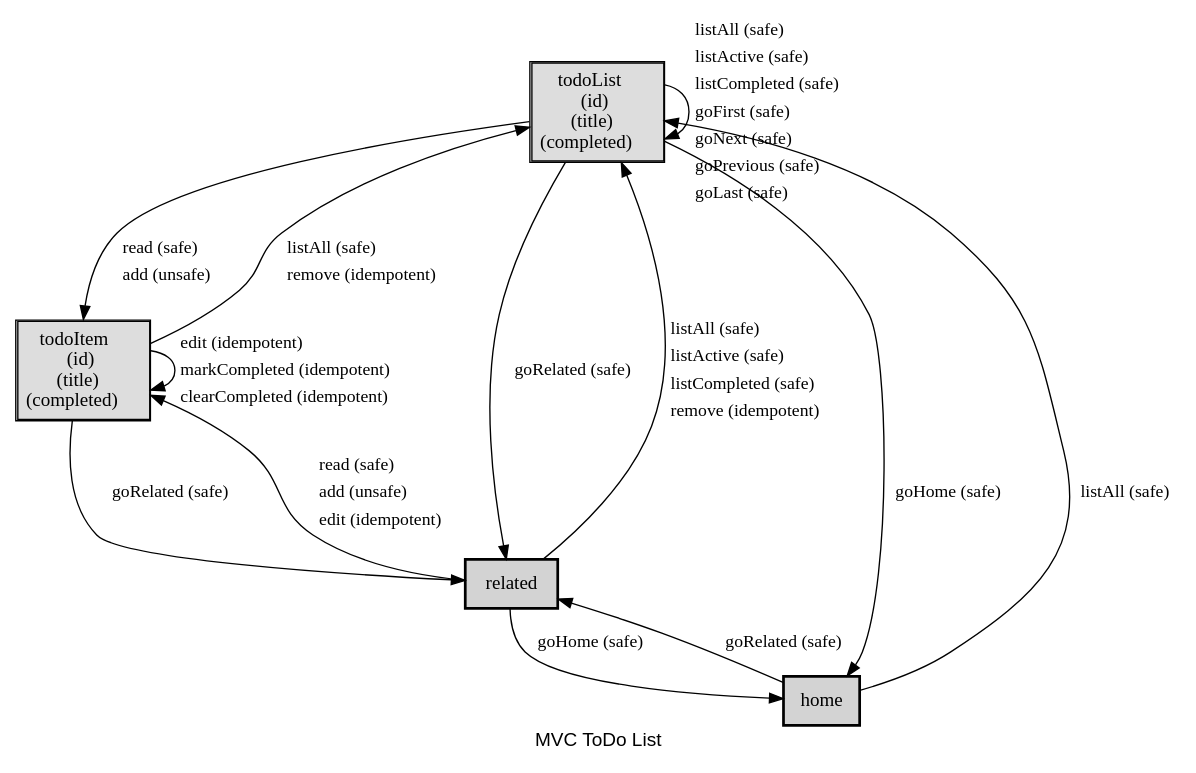
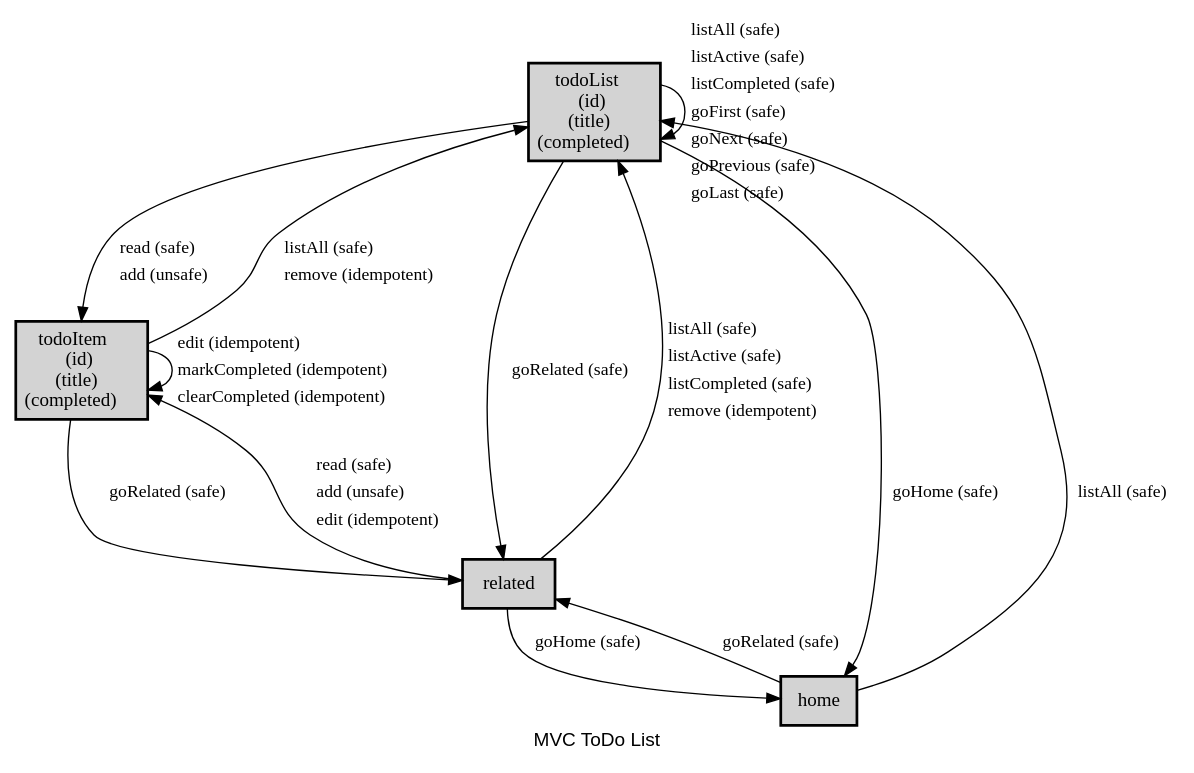
One commit to alps-asd/app-state-diagram changed the diagram in docs/todomvc/profile.dot. Above: the diagram before and after it, drawn with Graphviz. The commit also changed 95 other files, not shown here.

```diff
--- a/docs/todomvc/profile.dot
+++ b/docs/todomvc/profile.dot
@@ -1,29 +1,29 @@
 digraph application_state_diagram {
   graph [
     labelloc="b";
     fontname="Helvetica"
     label="MVC ToDo List";
     URL="index.html" target="_parent"
   ];
-  node [shape = box, style = "bold,filled"];
+  node [shape = box, style = "bold,filled" fillcolor="lightgray"];
 
-    todoList [style=solid, margin=0.02, label=<<table cellspacing="0" cellpadding="5" cellborder="1" border="0"><tr><td bgcolor="#dddddd">todoList<br />(id)<br />(title)<br />(completed)<br /></td></tr></table>>,shape=box URL="blog/semantic.todoList.html" target="_parent"]
-    todoItem [style=solid, margin=0.02, label=<<table cellspacing="0" cellpadding="5" cellborder="1" border="0"><tr><td bgcolor="#dddddd">todoItem<br />(id)<br />(title)<br />(completed)<br /></td></tr></table>>,shape=box URL="blog/semantic.todoItem.html" target="_parent"]
+    todoList [margin=0.02, label=<<table cellspacing="0" cellpadding="5" border="0"><tr><td>todoList<br />(id)<br />(title)<br />(completed)<br /></td></tr></table>>,shape=box URL="docs/semantic.todoList.html" target="_parent"]
+    todoItem [margin=0.02, label=<<table cellspacing="0" cellpadding="5" border="0"><tr><td>todoItem<br />(id)<br />(title)<br />(completed)<br /></td></tr></table>>,shape=box URL="docs/semantic.todoItem.html" target="_parent"]
 
-    home -> todoList [label = "listAll (safe)" URL="blog/safe.listAll.html" target="_parent" fontsize=13];
-    home -> related [label = "goRelated (safe)" URL="blog/safe.goRelated.html" target="_parent" fontsize=13];
-    related -> home [label = "goHome (safe)" URL="blog/safe.goHome.html" target="_parent" fontsize=13];
-    related -> todoList [label=<<table  border="0"><tr><td align="left" href="blog/safe.listAll.html">listAll (safe)</td></tr><tr><td align="left" href="blog/safe.listActive.html">listActive (safe)</td></tr><tr><td align="left" href="blog/safe.listCompleted.html">listCompleted (safe)</td></tr><tr><td align="left" href="blog/idempotent.remove.html">remove (idempotent)</td></tr></table>> fontsize=13];
-    related -> todoItem [label=<<table  border="0"><tr><td align="left" href="blog/safe.read.html">read (safe)</td></tr><tr><td align="left" href="blog/unsafe.add.html">add (unsafe)</td></tr><tr><td align="left" href="blog/idempotent.edit.html">edit (idempotent)</td></tr></table>> fontsize=13];
-    todoList -> todoItem [label=<<table  border="0"><tr><td align="left" href="blog/safe.read.html">read (safe)</td></tr><tr><td align="left" href="blog/unsafe.add.html">add (unsafe)</td></tr></table>> fontsize=13];
-    todoList -> todoList [label=<<table  border="0"><tr><td align="left" href="blog/safe.listAll.html">listAll (safe)</td></tr><tr><td align="left" href="blog/safe.listActive.html">listActive (safe)</td></tr><tr><td align="left" href="blog/safe.listCompleted.html">listCompleted (safe)</td></tr><tr><td align="left" href="blog/safe.goFirst.html">goFirst (safe)</td></tr><tr><td align="left" href="blog/safe.goNext.html">goNext (safe)</td></tr><tr><td align="left" href="blog/safe.goPrevious.html">goPrevious (safe)</td></tr><tr><td align="left" href="blog/safe.goLast.html">goLast (safe)</td></tr></table>> fontsize=13];
-    todoList -> home [label = "goHome (safe)" URL="blog/safe.goHome.html" target="_parent" fontsize=13];
-    todoList -> related [label = "goRelated (safe)" URL="blog/safe.goRelated.html" target="_parent" fontsize=13];
-    todoItem -> todoList [label=<<table  border="0"><tr><td align="left" href="blog/safe.listAll.html">listAll (safe)</td></tr><tr><td align="left" href="blog/idempotent.remove.html">remove (idempotent)</td></tr></table>> fontsize=13];
-    todoItem -> todoItem [label=<<table  border="0"><tr><td align="left" href="blog/idempotent.edit.html">edit (idempotent)</td></tr><tr><td align="left" href="blog/idempotent.markCompleted.html">markCompleted (idempotent)</td></tr><tr><td align="left" href="blog/idempotent.clearCompleted.html">clearCompleted (idempotent)</td></tr></table>> fontsize=13];
-    todoItem -> related [label = "goRelated (safe)" URL="blog/safe.goRelated.html" target="_parent" fontsize=13];
+    home -> todoList [label = "listAll (safe)" URL="docs/safe.listAll.html" target="_parent" fontsize=13];
+    home -> related [label = "goRelated (safe)" URL="docs/safe.goRelated.html" target="_parent" fontsize=13];
+    related -> home [label = "goHome (safe)" URL="docs/safe.goHome.html" target="_parent" fontsize=13];
+    related -> todoList [label=<<table  border="0"><tr><td align="left" href="docs/safe.listAll.html">listAll (safe)</td></tr><tr><td align="left" href="docs/safe.listActive.html">listActive (safe)</td></tr><tr><td align="left" href="docs/safe.listCompleted.html">listCompleted (safe)</td></tr><tr><td align="left" href="docs/idempotent.remove.html">remove (idempotent)</td></tr></table>> fontsize=13];
+    related -> todoItem [label=<<table  border="0"><tr><td align="left" href="docs/safe.read.html">read (safe)</td></tr><tr><td align="left" href="docs/unsafe.add.html">add (unsafe)</td></tr><tr><td align="left" href="docs/idempotent.edit.html">edit (idempotent)</td></tr></table>> fontsize=13];
+    todoList -> todoItem [label=<<table  border="0"><tr><td align="left" href="docs/safe.read.html">read (safe)</td></tr><tr><td align="left" href="docs/unsafe.add.html">add (unsafe)</td></tr></table>> fontsize=13];
+    todoList -> todoList [label=<<table  border="0"><tr><td align="left" href="docs/safe.listAll.html">listAll (safe)</td></tr><tr><td align="left" href="docs/safe.listActive.html">listActive (safe)</td></tr><tr><td align="left" href="docs/safe.listCompleted.html">listCompleted (safe)</td></tr><tr><td align="left" href="docs/safe.goFirst.html">goFirst (safe)</td></tr><tr><td align="left" href="docs/safe.goNext.html">goNext (safe)</td></tr><tr><td align="left" href="docs/safe.goPrevious.html">goPrevious (safe)</td></tr><tr><td align="left" href="docs/safe.goLast.html">goLast (safe)</td></tr></table>> fontsize=13];
+    todoList -> home [label = "goHome (safe)" URL="docs/safe.goHome.html" target="_parent" fontsize=13];
+    todoList -> related [label = "goRelated (safe)" URL="docs/safe.goRelated.html" target="_parent" fontsize=13];
+    todoItem -> todoList [label=<<table  border="0"><tr><td align="left" href="docs/safe.listAll.html">listAll (safe)</td></tr><tr><td align="left" href="docs/idempotent.remove.html">remove (idempotent)</td></tr></table>> fontsize=13];
+    todoItem -> todoItem [label=<<table  border="0"><tr><td align="left" href="docs/idempotent.edit.html">edit (idempotent)</td></tr><tr><td align="left" href="docs/idempotent.markCompleted.html">markCompleted (idempotent)</td></tr><tr><td align="left" href="docs/idempotent.clearCompleted.html">clearCompleted (idempotent)</td></tr></table>> fontsize=13];
+    todoItem -> related [label = "goRelated (safe)" URL="docs/safe.goRelated.html" target="_parent" fontsize=13];
 
-    home [URL="blog/semantic.home.html" target="_parent"]
-    related [URL="blog/semantic.related.html" target="_parent"]
+    home [URL="docs/semantic.home.html" target="_parent"]
+    related [URL="docs/semantic.related.html" target="_parent"]
 
 }
```
